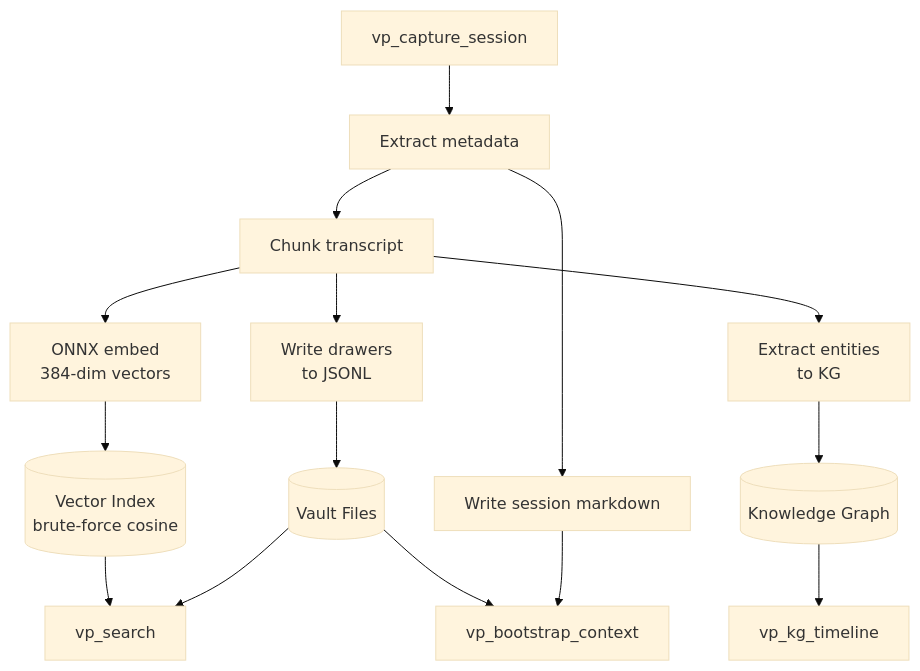
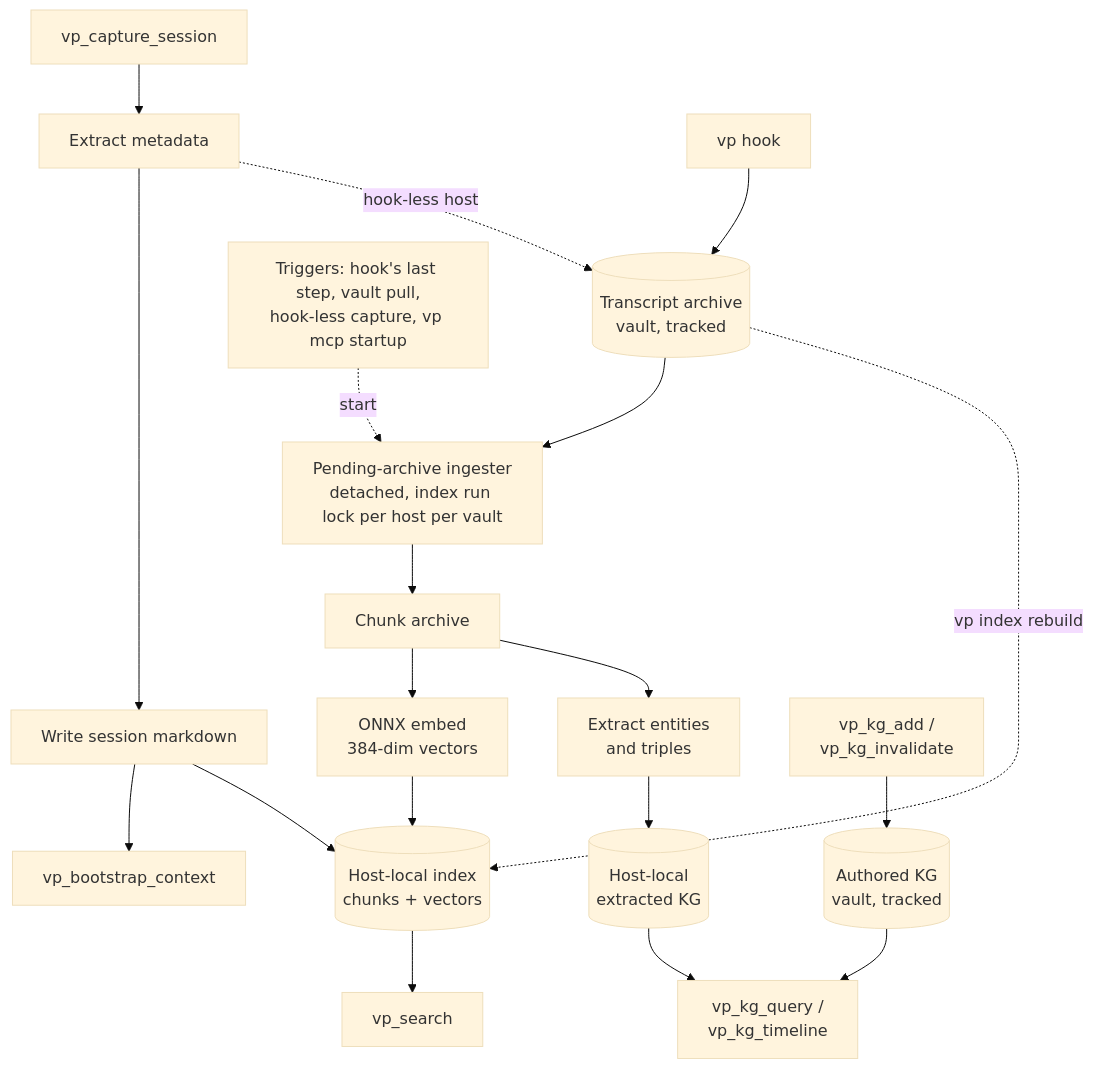
Before and after one commit to suykerbuyk/vibe-palace: the seventh of 12 diagrams in doc/PRD-vibe-palace.md, drawn with Mermaid (base theme). The commit also changed other lines of this file and 3 other files, not shown here.

````diff
--- a/doc/PRD-vibe-palace.md
+++ b/doc/PRD-vibe-palace.md
@@ -575,20 +609,24 @@
 ```mermaid
 flowchart TD
     AI[vp_capture_session] --> META[Extract metadata]
-    META --> CHUNK[Chunk transcript]
-    META --> VAULT[Write session markdown]
+    META --> NOTE[Write session markdown]
+    META -. hook-less host .-> ARCH[(Transcript archive<br/>vault, tracked)]
+    HOOK[vp hook] --> ARCH
 
+    ARCH --> ING[Pending-archive ingester<br/>detached, index run lock per host per vault]
+    TRIG[Triggers: hook's last step, vault pull,<br/>hook-less capture, vp mcp startup] -. start .-> ING
+    ING --> CHUNK[Chunk archive]
     CHUNK --> EMBED[ONNX embed<br/>384-dim vectors]
-    CHUNK --> JSONL[Write drawers<br/>to JSONL]
-    CHUNK --> KG[Extract entities<br/>to KG]
+    CHUNK --> KGX[Extract entities<br/>and triples]
 
-    EMBED --> VIDX[(Vector Index<br/>brute-force cosine)]
-    JSONL --> FS[(Vault Files)]
-    KG --> KGDB[(Knowledge Graph)]
+    EMBED --> LIDX[(Host-local index<br/>chunks + vectors)]
+    KGX --> LKG[(Host-local<br/>extracted KG)]
+    ADD[vp_kg_add /<br/>vp_kg_invalidate] --> AKG[(Authored KG<br/>vault, tracked)]
 
-    VIDX --> SEARCH[vp_search]
-    FS --> SEARCH
-    FS --> CTX[vp_bootstrap_context]
-    KGDB --> TL[vp_kg_timeline]
-    VAULT --> CTX
+    NOTE --> CTX[vp_bootstrap_context]
+    NOTE --> LIDX
+    ARCH -. vp index rebuild .-> LIDX
+    LIDX --> SEARCH[vp_search]
+    LKG --> KGQ[vp_kg_query /<br/>vp_kg_timeline]
+    AKG --> KGQ
 ```
````
